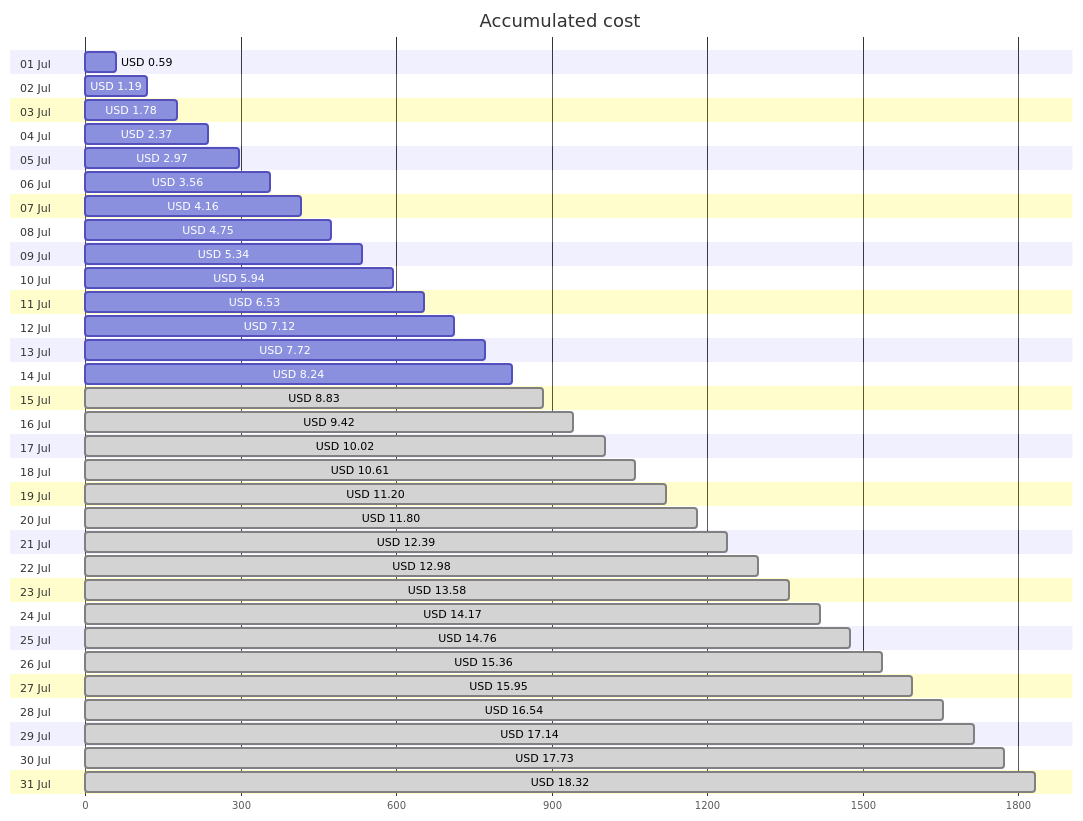
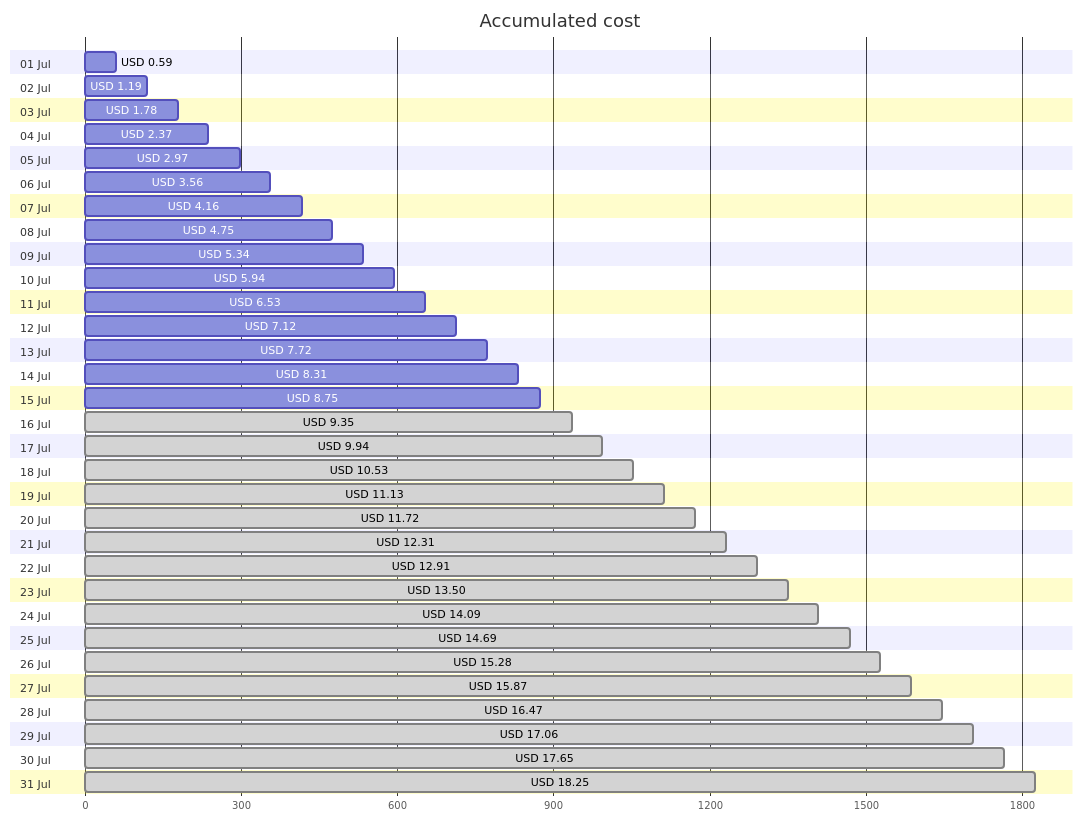
One commit to jpfulton/azure-personal-reports changed the first of 4 diagrams in cost-reports/personal-site/README.md. Above: the diagram before and after it, drawn with Mermaid. The commit also changed other lines of this file and 6 other files, not shown here.

````diff
--- a/cost-reports/personal-site/README.md
+++ b/cost-reports/personal-site/README.md
@@ -20,68 +20,68 @@
 ```mermaid
 gantt
    title Accumulated cost
    dateFormat  X
    axisFormat %s
    section 01 Jul
    USD 0.59 :0, 59
    section 02 Jul
    USD 1.19 :0, 119
    section 03 Jul
    USD 1.78 :0, 178
    section 04 Jul
    USD 2.37 :0, 237
    section 05 Jul
    USD 2.97 :0, 297
    section 06 Jul
    USD 3.56 :0, 356
    section 07 Jul
    USD 4.16 :0, 416
    section 08 Jul
    USD 4.75 :0, 475
    section 09 Jul
    USD 5.34 :0, 534
    section 10 Jul
    USD 5.94 :0, 594
    section 11 Jul
    USD 6.53 :0, 653
    section 12 Jul
    USD 7.12 :0, 712
    section 13 Jul
    USD 7.72 :0, 772
    section 14 Jul
-   USD 8.24 :0, 824
+   USD 8.31 :0, 831
    section 15 Jul
-   USD 8.83 : done, 0, 883
+   USD 8.75 :0, 875
    section 16 Jul
-   USD 9.42 : done, 0, 942
+   USD 9.35 : done, 0, 935
    section 17 Jul
-   USD 10.02 : done, 0, 1002
+   USD 9.94 : done, 0, 994
    section 18 Jul
-   USD 10.61 : done, 0, 1061
+   USD 10.53 : done, 0, 1053
    section 19 Jul
-   USD 11.20 : done, 0, 1120
+   USD 11.13 : done, 0, 1113
    section 20 Jul
-   USD 11.80 : done, 0, 1180
+   USD 11.72 : done, 0, 1172
    section 21 Jul
-   USD 12.39 : done, 0, 1239
+   USD 12.31 : done, 0, 1231
    section 22 Jul
-   USD 12.98 : done, 0, 1298
+   USD 12.91 : done, 0, 1291
    section 23 Jul
-   USD 13.58 : done, 0, 1358
+   USD 13.50 : done, 0, 1350
    section 24 Jul
-   USD 14.17 : done, 0, 1417
+   USD 14.09 : done, 0, 1409
    section 25 Jul
-   USD 14.76 : done, 0, 1476
+   USD 14.69 : done, 0, 1469
    section 26 Jul
-   USD 15.36 : done, 0, 1536
+   USD 15.28 : done, 0, 1528
    section 27 Jul
-   USD 15.95 : done, 0, 1595
+   USD 15.87 : done, 0, 1587
    section 28 Jul
-   USD 16.54 : done, 0, 1654
+   USD 16.47 : done, 0, 1647
    section 29 Jul
-   USD 17.14 : done, 0, 1714
+   USD 17.06 : done, 0, 1706
    section 30 Jul
-   USD 17.73 : done, 0, 1773
+   USD 17.65 : done, 0, 1765
    section 31 Jul
-   USD 18.32 : done, 0, 1832
+   USD 18.25 : done, 0, 1825
 ```
````
